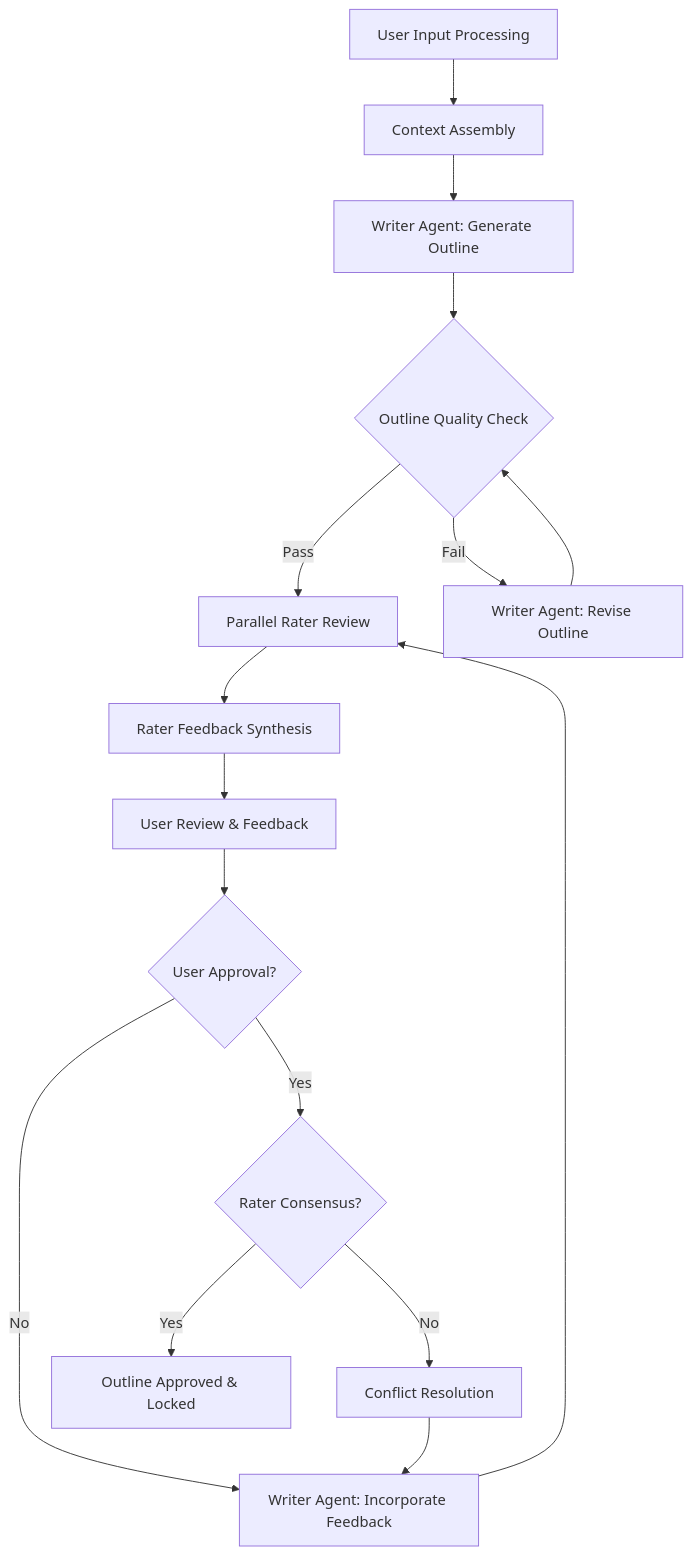
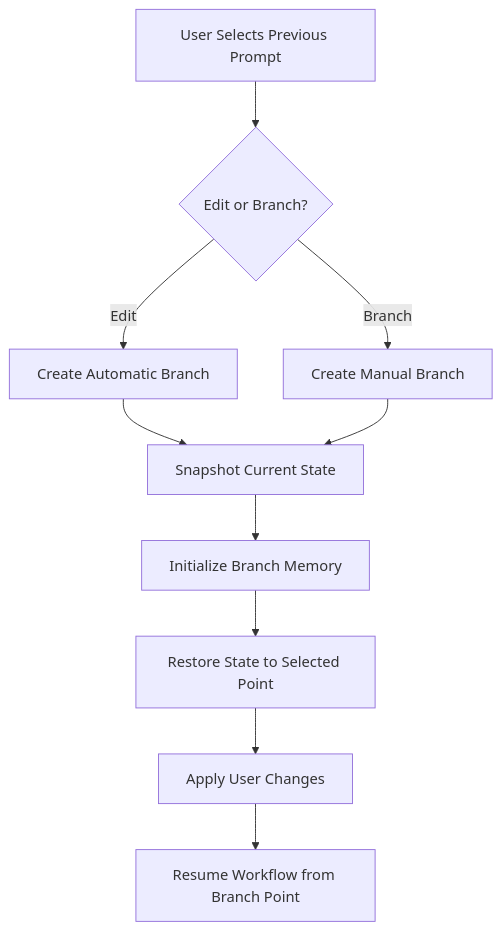
Before and after one commit to broken-rotor/writer_assistant: the second of 5 diagrams in requirements/workflow_requirements.md, drawn with Mermaid. The commit also changed other lines of this file and 138 other files, not shown here.

````diff
--- a/requirements/workflow_requirements.md
+++ b/requirements/workflow_requirements.md
@@ -103,18 +554,12 @@
 ```mermaid
 graph TD
-    A[User Input Processing] --> B[Context Assembly]
-    B --> C[Writer Agent: Generate Outline]
-    C --> D{Outline Quality Check}
-    D -->|Pass| E[Parallel Rater Review]
-    D -->|Fail| F[Writer Agent: Revise Outline]
-    F --> D
-    E --> G[Rater Feedback Synthesis]
-    G --> H[User Review & Feedback]
-    H --> I{User Approval?}
-    I -->|No| J[Writer Agent: Incorporate Feedback]
-    J --> E
-    I -->|Yes| K{Rater Consensus?}
-    K -->|No| L[Conflict Resolution]
-    L --> J
-    K -->|Yes| M[Outline Approved & Locked]
+    A[User Selects Previous Prompt] --> B{Edit or Branch?}
+    B -->|Edit| C[Create Automatic Branch]
+    B -->|Branch| D[Create Manual Branch]
+    C --> E[Snapshot Current State]
+    D --> E
+    E --> F[Initialize Branch Memory]
+    F --> G[Restore State to Selected Point]
+    G --> H[Apply User Changes]
+    H --> I[Resume Workflow from Branch Point]
 ```
````
